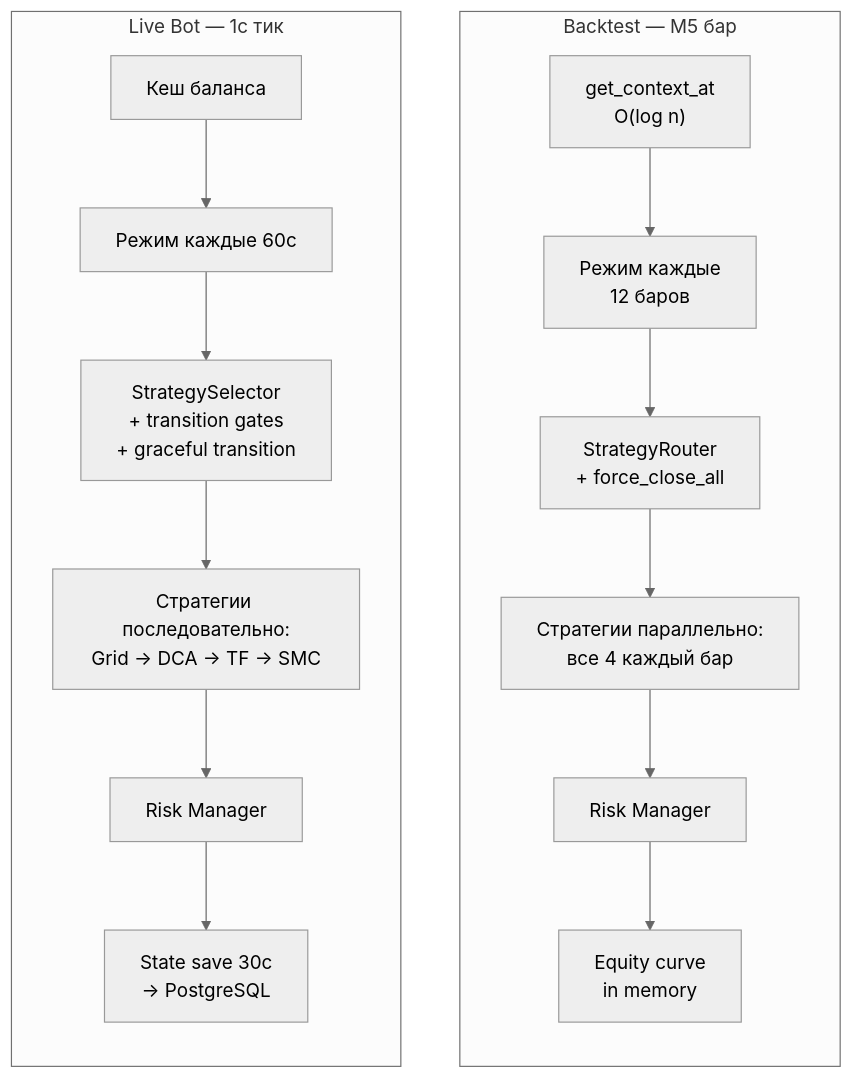
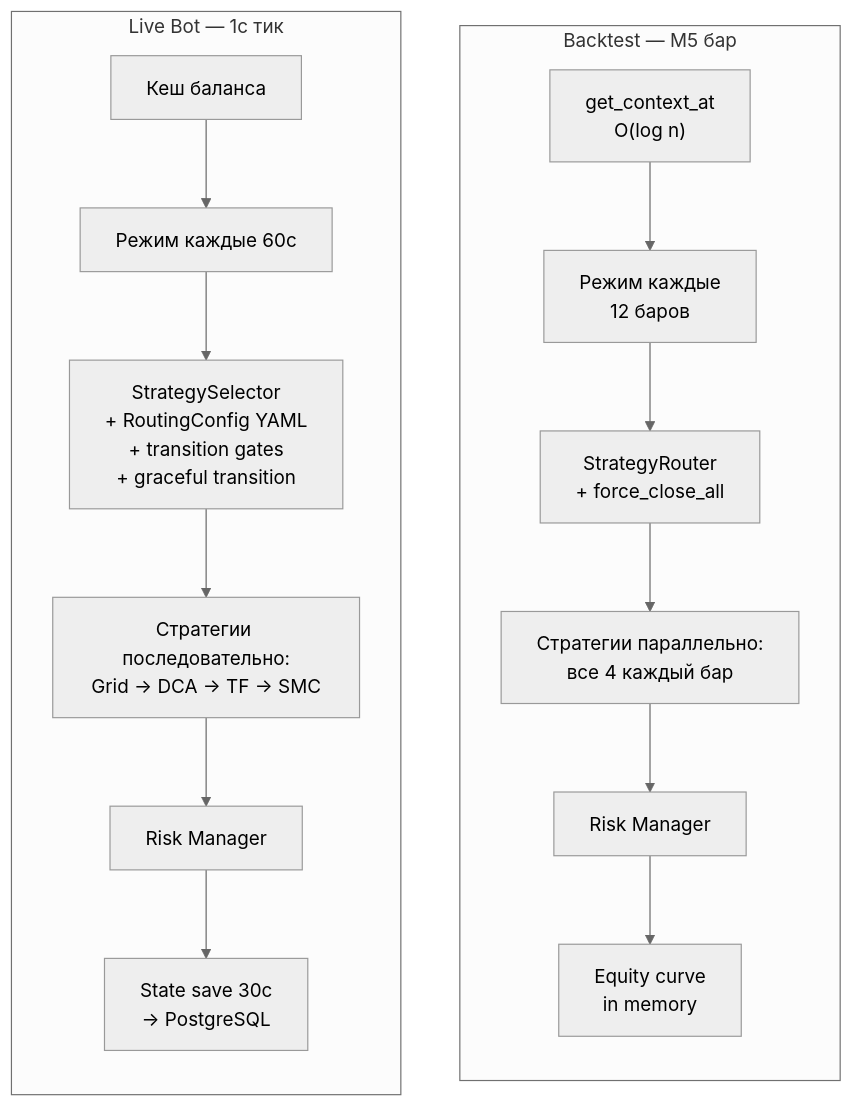
One commit to konard/alekseymavai-TRADERAGENT changed the third of 14 diagrams in docs/architecture_v2.md. Above: the diagram before and after it, drawn with Mermaid (neutral theme). The commit also changed other lines of this file, not shown here.

First line of the commit message:
docs: update architecture_v2.md — fix 5 discrepancies with current code

````diff
--- a/docs/architecture_v2.md
+++ b/docs/architecture_v2.md
@@ -139,22 +141,22 @@
 ```mermaid
 flowchart LR
     subgraph LIVE [Live Bot — 1с тик]
         direction TB
         L1[Кеш баланса] --> L2[Режим каждые 60с]
-        L2 --> L3["StrategySelector\n+ transition gates\n+ graceful transition"]
+        L2 --> L3["StrategySelector\n+ RoutingConfig YAML\n+ transition gates\n+ graceful transition"]
         L3 --> L4["Стратегии последовательно:\nGrid → DCA → TF → SMC"]
         L4 --> L5[Risk Manager]
         L5 --> L6["State save 30с\n→ PostgreSQL"]
     end
 
     subgraph BT [Backtest — M5 бар]
         direction TB
         B1["get_context_at\nO(log n)"] --> B2["Режим каждые\n12 баров"]
         B2 --> B3["StrategyRouter\n+ force_close_all"]
         B3 --> B4["Стратегии параллельно:\nвсе 4 каждый бар"]
         B4 --> B5[Risk Manager]
         B5 --> B6["Equity curve\nin memory"]
     end
 
     LIVE ~~~ BT
 ```
````
